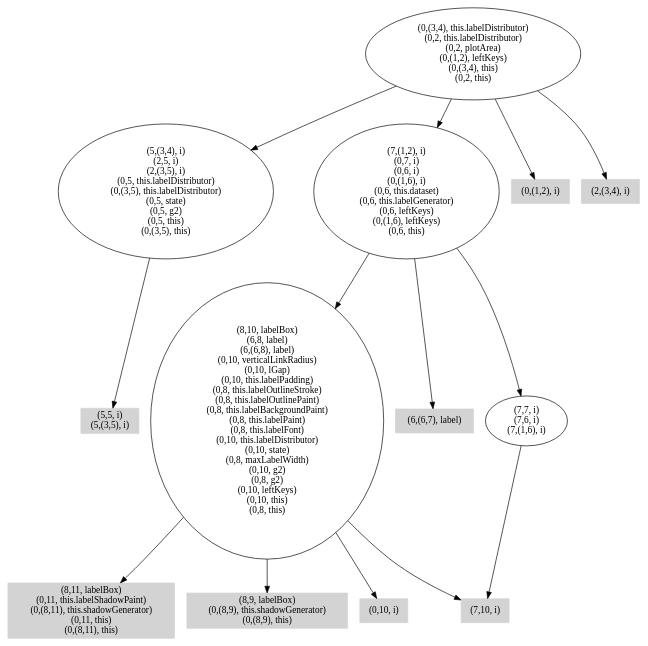
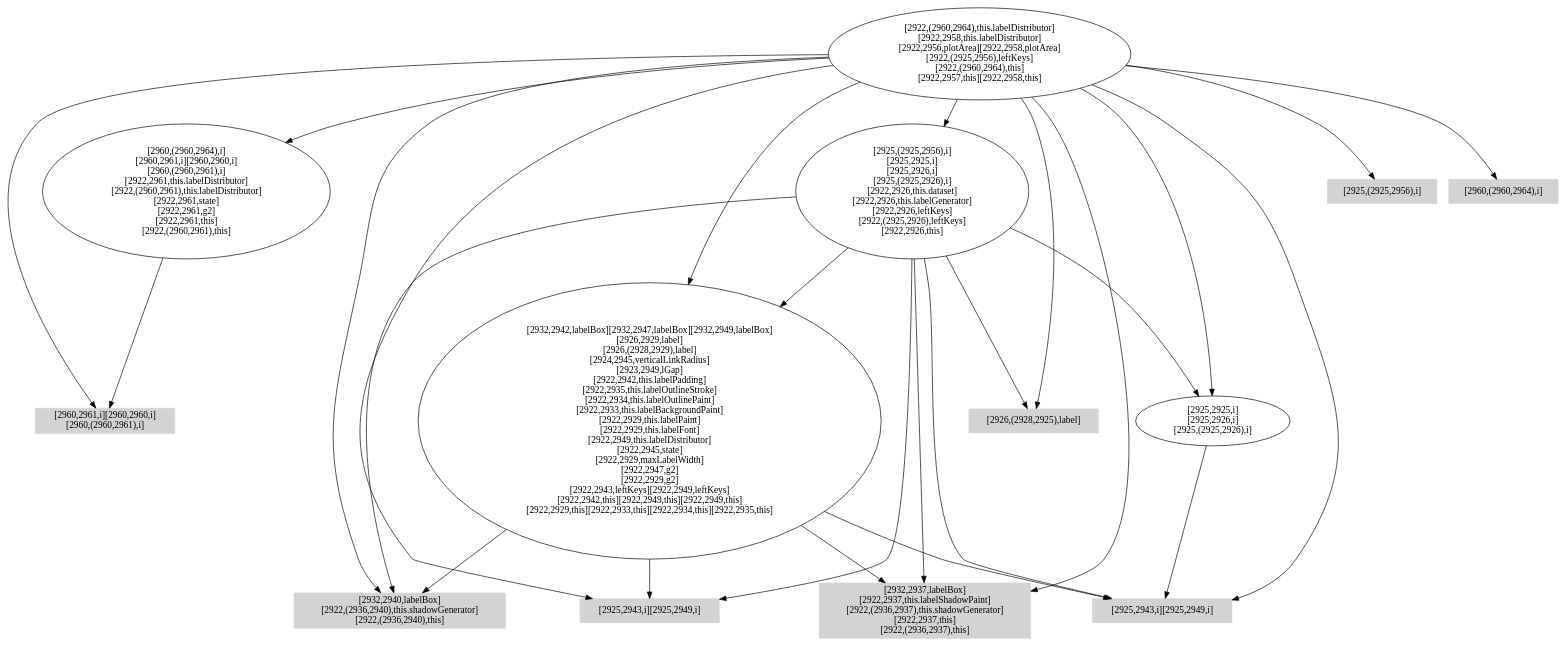
One commit to icst2021satool/source-code changed the diagram in data/PiePlot/drawLeftLabels.dot. Above: the diagram before and after it, drawn with Graphviz. The commit also changed 737 other files, not shown here.

Commit message:
Removed code to trim the edges of the subsumption graph. It is costly and is not needed to calculted the unconstrained DUAs

```diff
--- a/data/PiePlot/drawLeftLabels.dot
+++ b/data/PiePlot/drawLeftLabels.dot
@@ -1,28 +1,40 @@
 digraph { 
-3588 [shape=box,style=filled,color=".0 .0 .83",label="(5,5, i)\n(5,(3,5), i)"];
-3589 [label="(5,(3,4), i)\n(2,5, i)\n(2,(3,5), i)\n(0,5, this.labelDistributor)\n(0,(3,5), this.labelDistributor)\n(0,5, state)\n(0,5, g2)\n(0,5, this)\n(0,(3,5), this)"];
-3590 [shape=box,style=filled,color=".0 .0 .83",label="(8,11, labelBox)\n(0,11, this.labelShadowPaint)\n(0,(8,11), this.shadowGenerator)\n(0,11, this)\n(0,(8,11), this)"];
-3591 [shape=box,style=filled,color=".0 .0 .83",label="(8,9, labelBox)\n(0,(8,9), this.shadowGenerator)\n(0,(8,9), this)"];
-3592 [shape=box,style=filled,color=".0 .0 .83",label="(0,10, i)"];
-3593 [shape=box,style=filled,color=".0 .0 .83",label="(7,10, i)"];
-3594 [label="(8,10, labelBox)\n(6,8, label)\n(6,(6,8), label)\n(0,10, verticalLinkRadius)\n(0,10, lGap)\n(0,10, this.labelPadding)\n(0,8, this.labelOutlineStroke)\n(0,8, this.labelOutlinePaint)\n(0,8, this.labelBackgroundPaint)\n(0,8, this.labelPaint)\n(0,8, this.labelFont)\n(0,10, this.labelDistributor)\n(0,10, state)\n(0,8, maxLabelWidth)\n(0,10, g2)\n(0,8, g2)\n(0,10, leftKeys)\n(0,10, this)\n(0,8, this)"];
-3595 [shape=box,style=filled,color=".0 .0 .83",label="(6,(6,7), label)"];
-3596 [label="(7,7, i)\n(7,6, i)\n(7,(1,6), i)"];
-3597 [label="(7,(1,2), i)\n(0,7, i)\n(0,6, i)\n(0,(1,6), i)\n(0,6, this.dataset)\n(0,6, this.labelGenerator)\n(0,6, leftKeys)\n(0,(1,6), leftKeys)\n(0,6, this)"];
-3598 [shape=box,style=filled,color=".0 .0 .83",label="(0,(1,2), i)"];
-3599 [shape=box,style=filled,color=".0 .0 .83",label="(2,(3,4), i)"];
-3600 [label="(0,(3,4), this.labelDistributor)\n(0,2, this.labelDistributor)\n(0,2, plotArea)\n(0,(1,2), leftKeys)\n(0,(3,4), this)\n(0,2, this)"];
-3589 -> 3588;
-3594 -> 3590;
-3594 -> 3591;
-3594 -> 3592;
-3594 -> 3593;
-3596 -> 3593;
-3597 -> 3594;
-3597 -> 3595;
-3597 -> 3596;
-3600 -> 3589;
-3600 -> 3597;
-3600 -> 3598;
-3600 -> 3599;
+4068 [shape=box,style=filled,color=".0 .0 .83",label="[2960,2961,i][2960,2960,i]\n[2960,(2960,2961),i]"];
+4069 [label="[2960,(2960,2964),i]\n[2960,2961,i][2960,2960,i]\n[2960,(2960,2961),i]\n[2922,2961,this.labelDistributor]\n[2922,(2960,2961),this.labelDistributor]\n[2922,2961,state]\n[2922,2961,g2]\n[2922,2961,this]\n[2922,(2960,2961),this]"];
+4070 [shape=box,style=filled,color=".0 .0 .83",label="[2932,2937,labelBox]\n[2922,2937,this.labelShadowPaint]\n[2922,(2936,2937),this.shadowGenerator]\n[2922,2937,this]\n[2922,(2936,2937),this]"];
+4071 [shape=box,style=filled,color=".0 .0 .83",label="[2932,2940,labelBox]\n[2922,(2936,2940),this.shadowGenerator]\n[2922,(2936,2940),this]"];
+4072 [shape=box,style=filled,color=".0 .0 .83",label="[2925,2943,i][2925,2949,i]"];
+4073 [shape=box,style=filled,color=".0 .0 .83",label="[2925,2943,i][2925,2949,i]"];
+4074 [label="[2932,2942,labelBox][2932,2947,labelBox][2932,2949,labelBox]\n[2926,2929,label]\n[2926,(2928,2929),label]\n[2924,2945,verticalLinkRadius]\n[2923,2949,lGap]\n[2922,2942,this.labelPadding]\n[2922,2935,this.labelOutlineStroke]\n[2922,2934,this.labelOutlinePaint]\n[2922,2933,this.labelBackgroundPaint]\n[2922,2929,this.labelPaint]\n[2922,2929,this.labelFont]\n[2922,2949,this.labelDistributor]\n[2922,2945,state]\n[2922,2929,maxLabelWidth]\n[2922,2947,g2]\n[2922,2929,g2]\n[2922,2943,leftKeys][2922,2949,leftKeys]\n[2922,2942,this][2922,2949,this][2922,2949,this]\n[2922,2929,this][2922,2933,this][2922,2934,this][2922,2935,this]"];
+4075 [shape=box,style=filled,color=".0 .0 .83",label="[2926,(2928,2925),label]"];
+4076 [label="[2925,2925,i]\n[2925,2926,i]\n[2925,(2925,2926),i]"];
+4077 [label="[2925,(2925,2956),i]\n[2925,2925,i]\n[2925,2926,i]\n[2925,(2925,2926),i]\n[2922,2926,this.dataset]\n[2922,2926,this.labelGenerator]\n[2922,2926,leftKeys]\n[2922,(2925,2926),leftKeys]\n[2922,2926,this]"];
+4078 [shape=box,style=filled,color=".0 .0 .83",label="[2925,(2925,2956),i]"];
+4079 [shape=box,style=filled,color=".0 .0 .83",label="[2960,(2960,2964),i]"];
+4080 [label="[2922,(2960,2964),this.labelDistributor]\n[2922,2958,this.labelDistributor]\n[2922,2956,plotArea][2922,2958,plotArea]\n[2922,(2925,2956),leftKeys]\n[2922,(2960,2964),this]\n[2922,2957,this][2922,2958,this]"];
+4069 -> 4068;
+4074 -> 4070;
+4074 -> 4071;
+4074 -> 4072;
+4074 -> 4073;
+4076 -> 4073;
+4077 -> 4070;
+4077 -> 4071;
+4077 -> 4072;
+4077 -> 4073;
+4077 -> 4074;
+4077 -> 4075;
+4077 -> 4076;
+4080 -> 4068;
+4080 -> 4069;
+4080 -> 4070;
+4080 -> 4071;
+4080 -> 4072;
+4080 -> 4073;
+4080 -> 4074;
+4080 -> 4075;
+4080 -> 4076;
+4080 -> 4077;
+4080 -> 4078;
+4080 -> 4079;
 }
```
